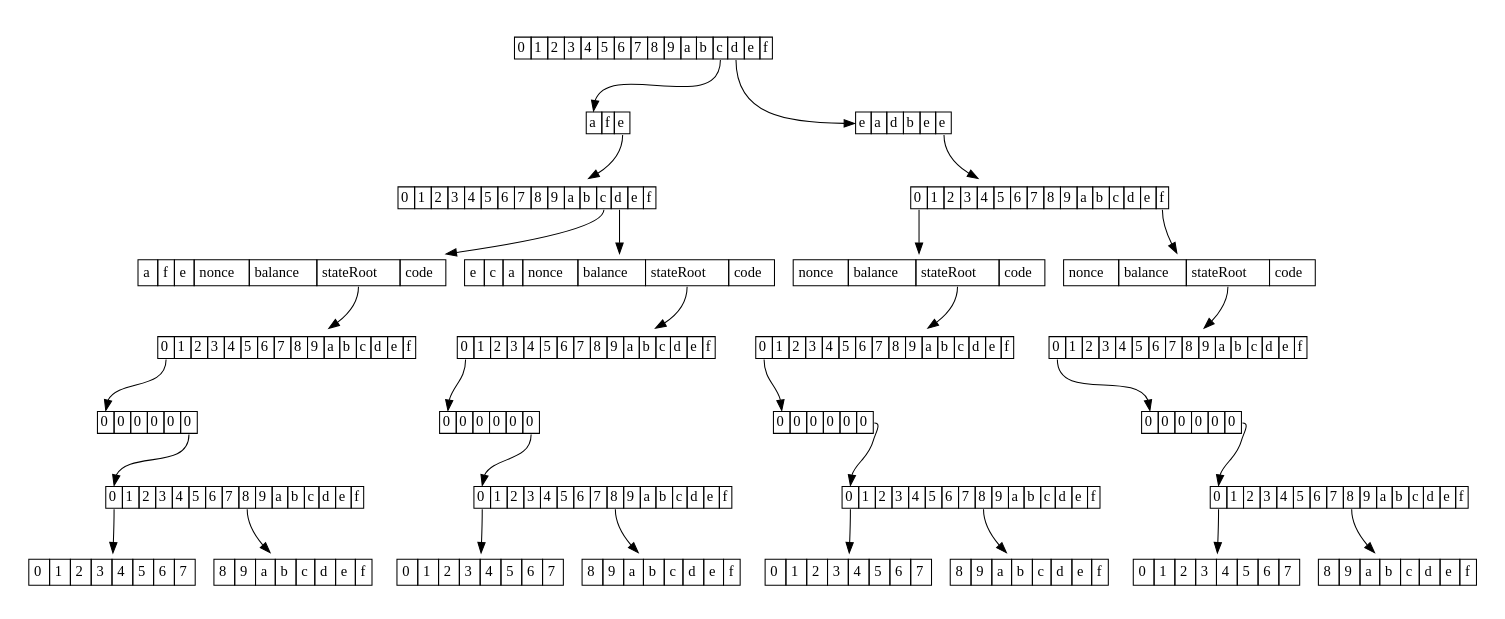
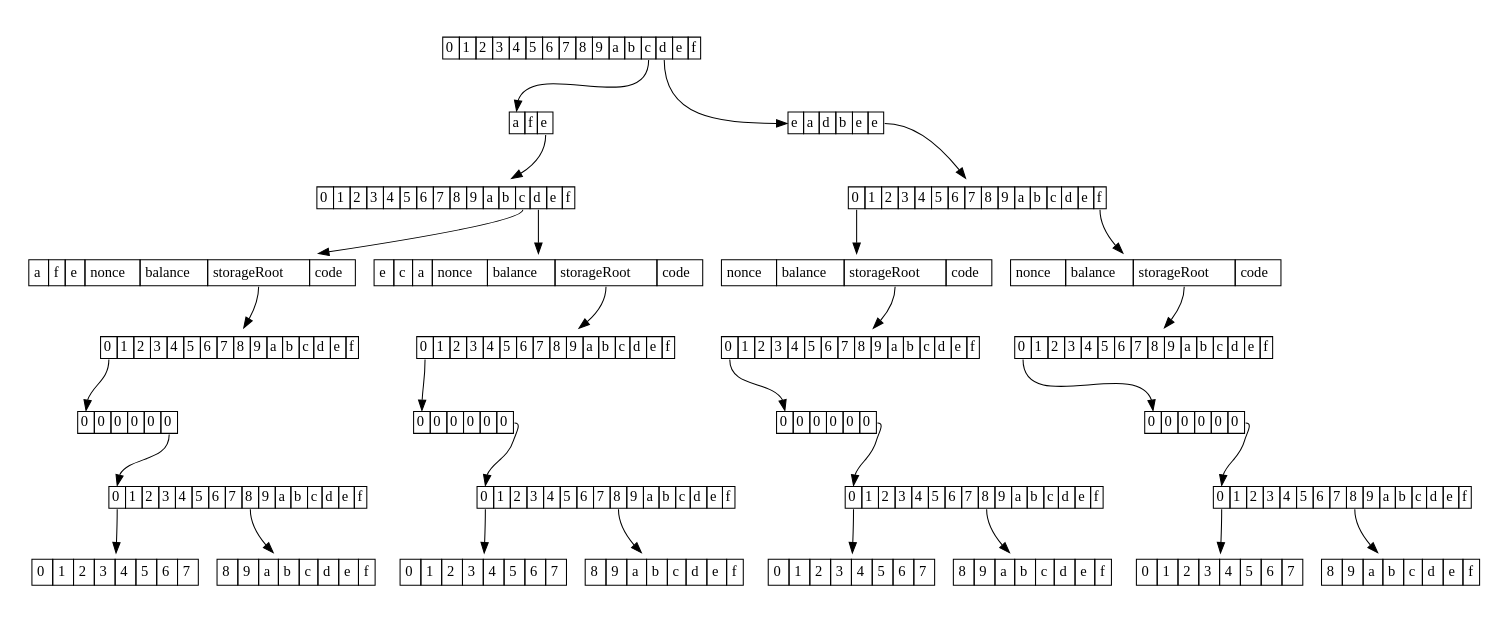
The diagram in ethcc20/state.dot (gballet/presentations), drawn with Graphviz before and after one commit. The commit also changed 1 other file, not shown here.

```diff
--- a/ethcc20/state.dot
+++ b/ethcc20/state.dot
@@ -1,83 +1,83 @@
 digraph D {
 	node [shape="box"];
 
     subgraph cluster_addresses {
         style=invis;
 
 	    branch [shape=none,label=<<table border="0" cellborder="1" cellspacing="0"><tr><td port="0">0</td><td port="1">1</td><td port="2">2</td><td port="3">3</td><td port="4">4</td><td port="5">5</td><td port="6">6</td><td port="7">7</td><td port="8">8</td><td port="9">9</td><td port="10">a</td><td port="11">b</td><td port="12">c</td><td port="13">d</td><td port="14">e</td><td port="15">f</td></tr></table>>]
 	    branch0c0a0f0e [shape=none,label=<<table border="0" cellborder="1" cellspacing="0"><tr><td port="0">0</td><td port="1">1</td><td port="2">2</td><td port="3">3</td><td port="4">4</td><td port="5">5</td><td port="6">6</td><td port="7">7</td><td port="8">8</td><td port="9">9</td><td port="10">a</td><td port="11">b</td><td port="12">c</td><td port="13">d</td><td port="14">e</td><td port="15">f</td></tr></table>>]
-	    leaf0c0a0f0e0c [shape=none,margin=0,label=<<table border="0" cellborder="1" cellspacing="0" cellpadding="4"><tr><td port="0">a</td><td port="1">f</td><td port="2">e</td><td>nonce</td><td>balance</td><td port="sr">stateRoot</td><td>code</td></tr></table>>]
-	    leaf0c0a0f0e0d [shape=none,margin=0,label=<<table border="0" cellborder="1" cellspacing="0" cellpadding="4"><tr><td port="0">e</td><td port="1">c</td><td port="2">a</td><td>nonce</td><td>balance</td><td port="sr">stateRoot</td><td>code</td></tr></table>>]
+	    leaf0c0a0f0e0c [shape=none,margin=0,label=<<table border="0" cellborder="1" cellspacing="0" cellpadding="4"><tr><td port="0">a</td><td port="1">f</td><td port="2">e</td><td>nonce</td><td>balance</td><td port="sr">storageRoot</td><td>code</td></tr></table>>]
+	    leaf0c0a0f0e0d [shape=none,margin=0,label=<<table border="0" cellborder="1" cellspacing="0" cellpadding="4"><tr><td port="0">e</td><td port="1">c</td><td port="2">a</td><td>nonce</td><td>balance</td><td port="sr">storageRoot</td><td>code</td></tr></table>>]
 	    extension0c [shape=none,label=<<table border="0" cellspacing="0" cellborder="1"><tr><td port="0">a</td><td port="1">f</td><td port="2">e</td></tr></table>>]
 	    branch0d0e0a0d0b0e0e [shape=none,label=<<table border="0" cellborder="1" cellspacing="0"><tr><td port="0">0</td><td port="1">1</td><td port="2">2</td><td port="3">3</td><td port="4">4</td><td port="5">5</td><td port="6">6</td><td port="7">7</td><td port="8">8</td><td port="9">9</td><td port="10">a</td><td port="11">b</td><td port="12">c</td><td port="13">d</td><td port="14">e</td><td port="15">f</td></tr></table>>]
-	    leaf0d0e0a0d0b0e0e00 [shape=none,margin=0,label=<<table border="0" cellborder="1" cellspacing="0" cellpadding="4"><tr><td>nonce</td><td>balance</td><td port="sr">stateRoot</td><td>code</td></tr></table>>]
-	    leaf0d0e0a0d0b0e0e0f [shape=none,margin=0,label=<<table border="0" cellborder="1" cellspacing="0" cellpadding="4"><tr><td>nonce</td><td>balance</td><td port="sr">stateRoot</td><td>code</td></tr></table>>]
+	    leaf0d0e0a0d0b0e0e00 [shape=none,margin=0,label=<<table border="0" cellborder="1" cellspacing="0" cellpadding="4"><tr><td>nonce</td><td>balance</td><td port="sr">storageRoot</td><td>code</td></tr></table>>]
+	    leaf0d0e0a0d0b0e0e0f [shape=none,margin=0,label=<<table border="0" cellborder="1" cellspacing="0" cellpadding="4"><tr><td>nonce</td><td>balance</td><td port="sr">storageRoot</td><td>code</td></tr></table>>]
 	    extension0d [shape=none,label=<<table border="0" cellspacing="0" cellborder="1"><tr><td port="0">e</td><td port="1">a</td><td port="2">d</td><td port="3">b</td><td port="4">e</td><td port="5">e</td></tr></table>>]
 
 	    extension0c:2 -> branch0c0a0f0e
 	    branch0c0a0f0e:12 -> leaf0c0a0f0e0c
     	branch0c0a0f0e:13 -> leaf0c0a0f0e0d
 	    branch:12 -> extension0c:0
 	    extension0d:5 -> branch0d0e0a0d0b0e0e
 	    branch0d0e0a0d0b0e0e:0 -> leaf0d0e0a0d0b0e0e00
 	    branch0d0e0a0d0b0e0e:15 -> leaf0d0e0a0d0b0e0e0f
 	    branch:13 -> extension0d:0
         leaf0c0a0f0e0c:sr -> s0branch 
         leaf0c0a0f0e0d:sr -> sbranch 
         leaf0d0e0a0d0b0e0e00:sr -> s2branch
         leaf0d0e0a0d0b0e0e0f:sr -> s1branch
     }
 
     subgraph cluster_storage0 {
         style=invis;
 	        s0branch [shape=none,label=<<table border="0" cellborder="1" cellspacing="0"><tr><td port="0">0</td><td port="1">1</td><td port="2">2</td><td port="3">3</td><td port="4">4</td><td port="5">5</td><td port="6">6</td><td port="7">7</td><td port="8">8</td><td port="9">9</td><td port="10">a</td><td port="11">b</td><td port="12">c</td><td port="13">d</td><td port="14">e</td><td port="15">f</td></tr></table>>]
     	s0branch0000000 [shape=none,label=<<table border="0" cellborder="1" cellspacing="0"><tr><td port="0">0</td><td port="1">1</td><td port="2">2</td><td port="3">3</td><td port="4">4</td><td port="5">5</td><td port="6">6</td><td port="7">7</td><td port="8">8</td><td port="9">9</td><td port="10">a</td><td port="11">b</td><td port="12">c</td><td port="13">d</td><td port="14">e</td><td port="15">f</td></tr></table>>]
 	    s0leaf00000000 [shape=none,margin=0,label=<<table border="0" cellborder="1" cellspacing="0" cellpadding="4"><tr><td port="0">0</td><td port="1">1</td><td port="2">2</td><td port="0">3</td><td port="1">4</td><td port="2">5</td><td port="0">6</td><td port="1">7</td></tr></table>>]
     	s0leaf00000008 [shape=none,margin=0,label=<<table border="0" cellborder="1" cellspacing="0" cellpadding="4"><tr><td port="0">8</td><td port="1">9</td><td port="2">a</td><td port="0">b</td><td port="1">c</td><td port="2">d</td><td port="0">e</td><td port="1">f</td></tr></table>>]
 	    s0extension0 [shape=none,label=<<table border="0" cellspacing="0" cellborder="1"><tr><td port="0">0</td><td port="1">0</td><td port="2">0</td><td port="3">0</td><td port="4">0</td><td port="5">0</td></tr></table>>]
 
         s0branch:0 -> s0extension0:0
         s0extension0:5 -> s0branch0000000:0
         s0branch0000000:0 -> s0leaf00000000
         s0branch0000000:8 -> s0leaf00000008
     }
     subgraph cluster_storage1 {
         style=invis;
 	        s1branch [shape=none,label=<<table border="0" cellborder="1" cellspacing="0"><tr><td port="0">0</td><td port="1">1</td><td port="2">2</td><td port="3">3</td><td port="4">4</td><td port="5">5</td><td port="6">6</td><td port="7">7</td><td port="8">8</td><td port="9">9</td><td port="10">a</td><td port="11">b</td><td port="12">c</td><td port="13">d</td><td port="14">e</td><td port="15">f</td></tr></table>>]
     	s1branch0000000 [shape=none,label=<<table border="0" cellborder="1" cellspacing="0"><tr><td port="0">0</td><td port="1">1</td><td port="2">2</td><td port="3">3</td><td port="4">4</td><td port="5">5</td><td port="6">6</td><td port="7">7</td><td port="8">8</td><td port="9">9</td><td port="10">a</td><td port="11">b</td><td port="12">c</td><td port="13">d</td><td port="14">e</td><td port="15">f</td></tr></table>>]
 	    s1leaf00000000 [shape=none,margin=0,label=<<table border="0" cellborder="1" cellspacing="0" cellpadding="4"><tr><td port="0">0</td><td port="1">1</td><td port="2">2</td><td port="0">3</td><td port="1">4</td><td port="2">5</td><td port="0">6</td><td port="1">7</td></tr></table>>]
     	s1leaf00000008 [shape=none,margin=0,label=<<table border="0" cellborder="1" cellspacing="0" cellpadding="4"><tr><td port="0">8</td><td port="1">9</td><td port="2">a</td><td port="0">b</td><td port="1">c</td><td port="2">d</td><td port="0">e</td><td port="1">f</td></tr></table>>]
 	    s1extension0 [shape=none,label=<<table border="0" cellspacing="0" cellborder="1"><tr><td port="0">0</td><td port="1">0</td><td port="2">0</td><td port="3">0</td><td port="4">0</td><td port="5">0</td></tr></table>>]
 
         s1branch:0 -> s1extension0:0
         s1extension0:5 -> s1branch0000000:0
         s1branch0000000:0 -> s1leaf00000000
         s1branch0000000:8 -> s1leaf00000008
     }
     subgraph cluster_storage2 {
         style=invis;
 	        s2branch [shape=none,label=<<table border="0" cellborder="1" cellspacing="0"><tr><td port="0">0</td><td port="1">1</td><td port="2">2</td><td port="3">3</td><td port="4">4</td><td port="5">5</td><td port="6">6</td><td port="7">7</td><td port="8">8</td><td port="9">9</td><td port="10">a</td><td port="11">b</td><td port="12">c</td><td port="13">d</td><td port="14">e</td><td port="15">f</td></tr></table>>]
     	s2branch0000000 [shape=none,label=<<table border="0" cellborder="1" cellspacing="0"><tr><td port="0">0</td><td port="1">1</td><td port="2">2</td><td port="3">3</td><td port="4">4</td><td port="5">5</td><td port="6">6</td><td port="7">7</td><td port="8">8</td><td port="9">9</td><td port="10">a</td><td port="11">b</td><td port="12">c</td><td port="13">d</td><td port="14">e</td><td port="15">f</td></tr></table>>]
 	    s2leaf00000000 [shape=none,margin=0,label=<<table border="0" cellborder="1" cellspacing="0" cellpadding="4"><tr><td port="0">0</td><td port="1">1</td><td port="2">2</td><td port="0">3</td><td port="1">4</td><td port="2">5</td><td port="0">6</td><td port="1">7</td></tr></table>>]
     	s2leaf00000008 [shape=none,margin=0,label=<<table border="0" cellborder="1" cellspacing="0" cellpadding="4"><tr><td port="0">8</td><td port="1">9</td><td port="2">a</td><td port="0">b</td><td port="1">c</td><td port="2">d</td><td port="0">e</td><td port="1">f</td></tr></table>>]
 	    s2extension0 [shape=none,label=<<table border="0" cellspacing="0" cellborder="1"><tr><td port="0">0</td><td port="1">0</td><td port="2">0</td><td port="3">0</td><td port="4">0</td><td port="5">0</td></tr></table>>]
 
         s2branch:0 -> s2extension0:0
         s2extension0:5 -> s2branch0000000:0
         s2branch0000000:0 -> s2leaf00000000
         s2branch0000000:8 -> s2leaf00000008
     }
     subgraph cluster_storage {
         style=invis;
 	        sbranch [shape=none,label=<<table border="0" cellborder="1" cellspacing="0"><tr><td port="0">0</td><td port="1">1</td><td port="2">2</td><td port="3">3</td><td port="4">4</td><td port="5">5</td><td port="6">6</td><td port="7">7</td><td port="8">8</td><td port="9">9</td><td port="10">a</td><td port="11">b</td><td port="12">c</td><td port="13">d</td><td port="14">e</td><td port="15">f</td></tr></table>>]
     	sbranch0000000 [shape=none,label=<<table border="0" cellborder="1" cellspacing="0"><tr><td port="0">0</td><td port="1">1</td><td port="2">2</td><td port="3">3</td><td port="4">4</td><td port="5">5</td><td port="6">6</td><td port="7">7</td><td port="8">8</td><td port="9">9</td><td port="10">a</td><td port="11">b</td><td port="12">c</td><td port="13">d</td><td port="14">e</td><td port="15">f</td></tr></table>>]
 	    sleaf00000000 [shape=none,margin=0,label=<<table border="0" cellborder="1" cellspacing="0" cellpadding="4"><tr><td port="0">0</td><td port="1">1</td><td port="2">2</td><td port="0">3</td><td port="1">4</td><td port="2">5</td><td port="0">6</td><td port="1">7</td></tr></table>>]
     	sleaf00000008 [shape=none,margin=0,label=<<table border="0" cellborder="1" cellspacing="0" cellpadding="4"><tr><td port="0">8</td><td port="1">9</td><td port="2">a</td><td port="0">b</td><td port="1">c</td><td port="2">d</td><td port="0">e</td><td port="1">f</td></tr></table>>]
 	    sextension0 [shape=none,label=<<table border="0" cellspacing="0" cellborder="1"><tr><td port="0">0</td><td port="1">0</td><td port="2">0</td><td port="3">0</td><td port="4">0</td><td port="5">0</td></tr></table>>]
 
         sbranch:0 -> sextension0:0
         sextension0:5 -> sbranch0000000:0
         sbranch0000000:0 -> sleaf00000000
         sbranch0000000:8 -> sleaf00000008
     }
 }
```
